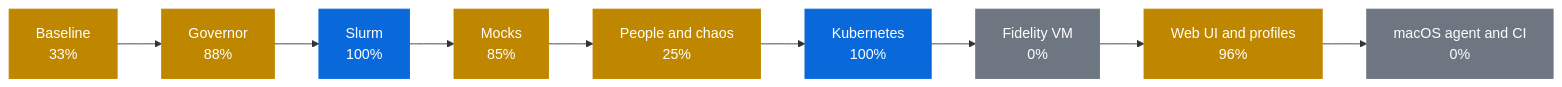
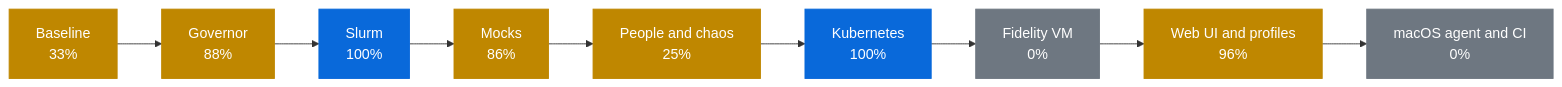
One commit to AhmedYousriSobhi/workbench changed the first of 2 diagrams in docs/PROGRESS.md. Above: the diagram before and after it, drawn with Mermaid. The commit also changed other lines of this file and 8 other files, not shown here.

````diff
--- a/docs/PROGRESS.md
+++ b/docs/PROGRESS.md
@@ -10,17 +10,17 @@
 ```mermaid
 flowchart LR
     p0["Baseline<br/>33%"]:::partial
     p1["Governor<br/>88%"]:::partial
     p2["Slurm<br/>100%"]:::review
-    p3["Mocks<br/>85%"]:::partial
+    p3["Mocks<br/>86%"]:::partial
     p4["People and chaos<br/>25%"]:::partial
     p5["Kubernetes<br/>100%"]:::review
     p6["Fidelity VM<br/>0%"]:::todo
     p7["Web UI and profiles<br/>96%"]:::partial
     p8["macOS agent and CI<br/>0%"]:::todo
     p0 --> p1 --> p2 --> p3 --> p4 --> p5 --> p6 --> p7 --> p8
     classDef done fill:#1a7f37,stroke:#1a7f37,color:#fff
     classDef review fill:#0969da,stroke:#0969da,color:#fff
     classDef partial fill:#bf8700,stroke:#bf8700,color:#fff
     classDef todo fill:#6e7781,stroke:#6e7781,color:#fff
 ```
````
